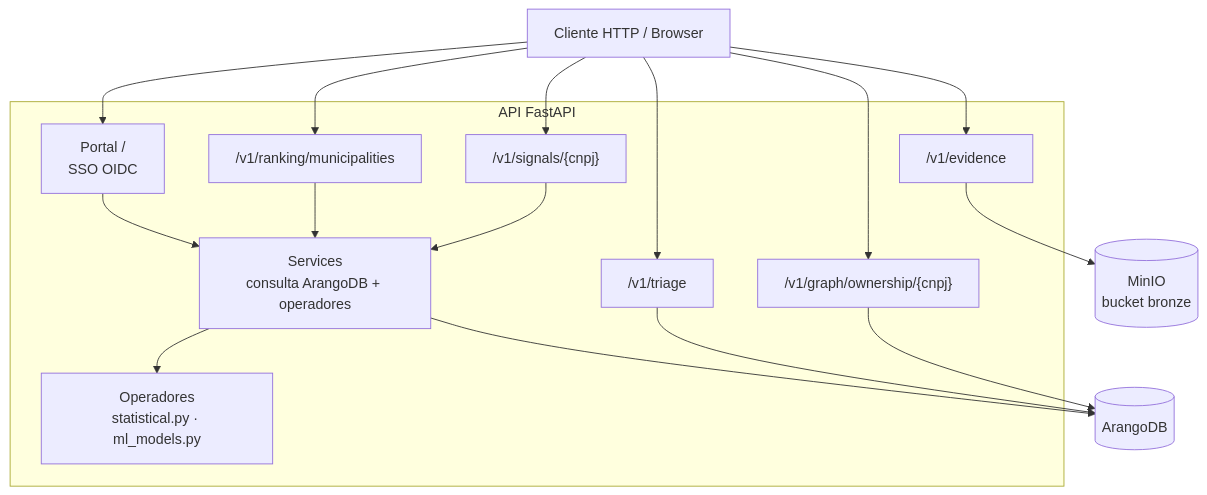
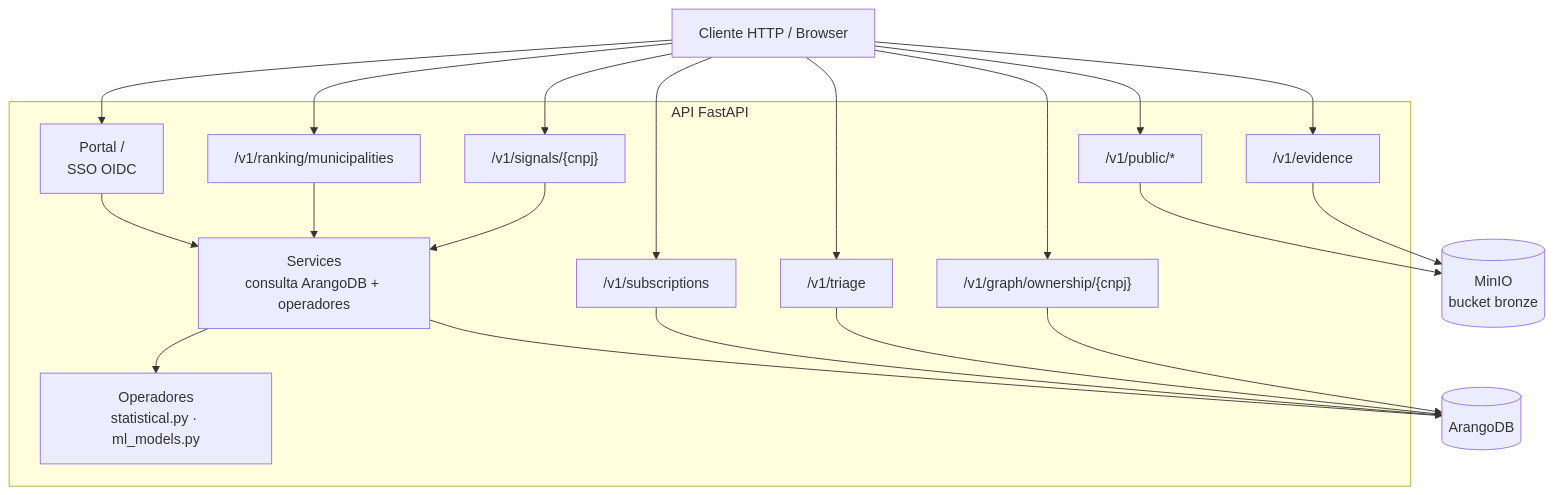
The second of 2 diagrams in docs/api.md (0b3st4f3r4/Capiba), drawn with Mermaid before and after one commit. The commit also changed other lines of this file and 10 other files, not shown here.

````diff
--- a/docs/api.md
+++ b/docs/api.md
@@ -35,23 +35,27 @@
 ```mermaid
 flowchart TB
     subgraph api["API FastAPI"]
         router_signals["/v1/signals/{cnpj}"]
         router_ranking["/v1/ranking/municipalities"]
         router_evidence["/v1/evidence"]
         router_graph["/v1/graph/ownership/{cnpj}"]
         router_triage["/v1/triage"]
+        router_public["/v1/public/*"]
+        router_subscriptions["/v1/subscriptions"]
         portal["Portal /<br/>SSO OIDC"]
         services["Services<br/>consulta ArangoDB + operadores"]
         operators["Operadores<br/>statistical.py · ml_models.py"]
     end
 
-    client["Cliente HTTP / Browser"] --> router_signals & router_ranking & router_evidence & router_graph & router_triage & portal
+    client["Cliente HTTP / Browser"] --> router_signals & router_ranking & router_evidence & router_graph & router_triage & router_public & router_subscriptions & portal
     router_signals --> services
     router_ranking --> services
     router_graph --> arango
     router_triage --> arango
+    router_subscriptions --> arango
     router_evidence --> minio[("MinIO<br/>bucket bronze")]
+    router_public --> minio
     portal --> services
     services --> operators
     services --> arango[("ArangoDB")]
 ```
````
